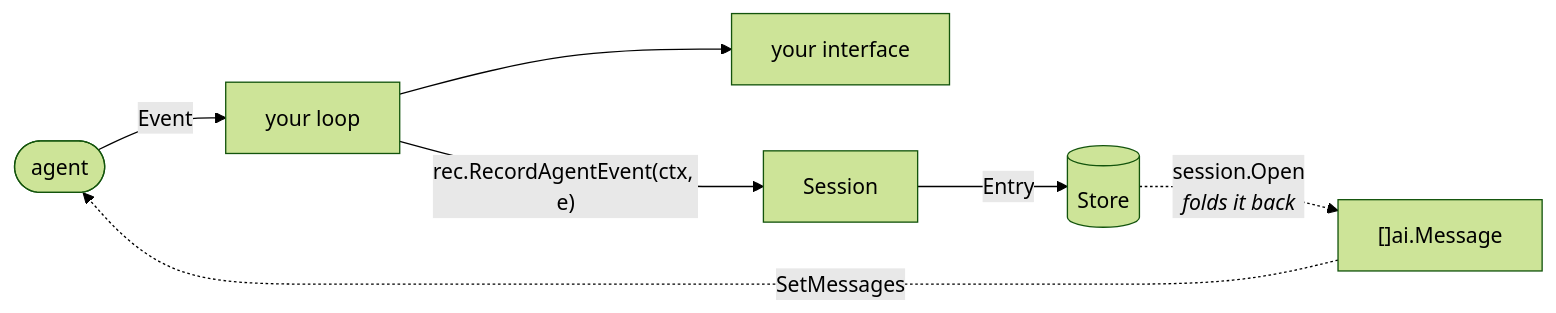
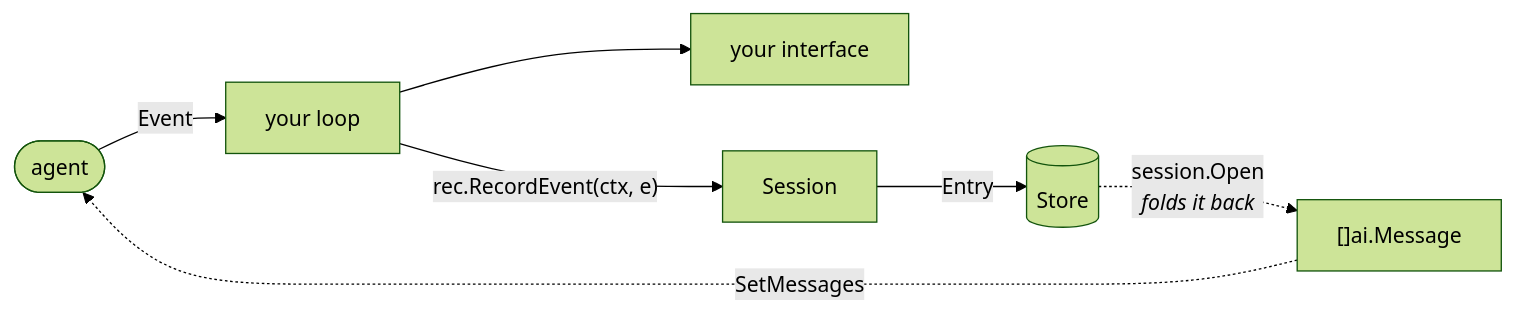
One commit to genai-io/sdk-go changed the third of 3 diagrams in README.md. Above: the diagram before and after it, drawn with Mermaid (forest theme). The commit also changed other lines of this file and 7 other files, not shown here.

Commit message:
refactor(session): use concise event recording name

````diff
--- a/README.md
+++ b/README.md
@@ -488,9 +488,9 @@
 ```mermaid
 flowchart LR
     agent(["agent"]) -->|"Event"| loop["your loop"]
     loop --> ui["your interface"]
-    loop -->|"rec.RecordAgentEvent(ctx, e)"| rec["Session"]
+    loop -->|"rec.RecordEvent(ctx, e)"| rec["Session"]
     rec -->|"Entry"| store[("Store")]
     store -.->|"session.Open<br/><i>folds it back</i>"| hist["[]ai.Message"]
     hist -.->|"SetMessages"| agent
 ```
````
